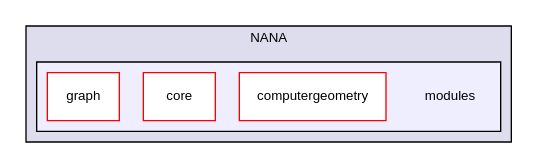
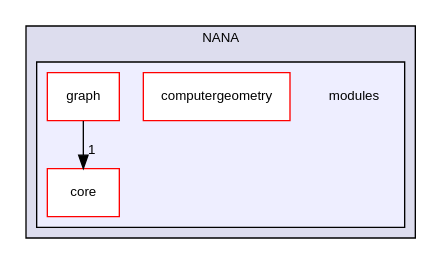
Before and after one commit to YuruTu/NANA: the diagram in docs/dir_6b55659ead8ae8e939b199224b5f3833_dep.dot, drawn with Graphviz. The commit also changed 316 other files, not shown here.

```diff
--- a/docs/dir_6b55659ead8ae8e939b199224b5f3833_dep.dot
+++ b/docs/dir_6b55659ead8ae8e939b199224b5f3833_dep.dot
@@ -1,15 +1,16 @@
 digraph "NANA/modules" {
   compound=true
   node [ fontsize="10", fontname="Helvetica"];
   edge [ labelfontsize="10", labelfontname="Helvetica"];
   subgraph clusterdir_7c9b6f0367ec74be5e320712e0f90a45 {
     graph [ bgcolor="#ddddee", pencolor="black", label="NANA" fontname="Helvetica", fontsize="10", URL="dir_7c9b6f0367ec74be5e320712e0f90a45.html"]
   subgraph clusterdir_6b55659ead8ae8e939b199224b5f3833 {
     graph [ bgcolor="#eeeeff", pencolor="black", label="" URL="dir_6b55659ead8ae8e939b199224b5f3833.html"];
     dir_6b55659ead8ae8e939b199224b5f3833 [shape=plaintext label="modules"];
   dir_a0034a2e1eb347b72447d7288fcbeb40 [shape=box label="computergeometry" fillcolor="white" style="filled" color="red" URL="dir_a0034a2e1eb347b72447d7288fcbeb40.html"];
   dir_c3e203e05606b384f5fc9d03652c3ac7 [shape=box label="core" fillcolor="white" style="filled" color="red" URL="dir_c3e203e05606b384f5fc9d03652c3ac7.html"];
   dir_33c137a055f180a488eaf5b0b4e3c87c [shape=box label="graph" fillcolor="white" style="filled" color="red" URL="dir_33c137a055f180a488eaf5b0b4e3c87c.html"];
   }
   }
+  dir_33c137a055f180a488eaf5b0b4e3c87c->dir_c3e203e05606b384f5fc9d03652c3ac7 [headlabel="1", labeldistance=1.5 headhref="dir_000010_000006.html"];
 }
```
